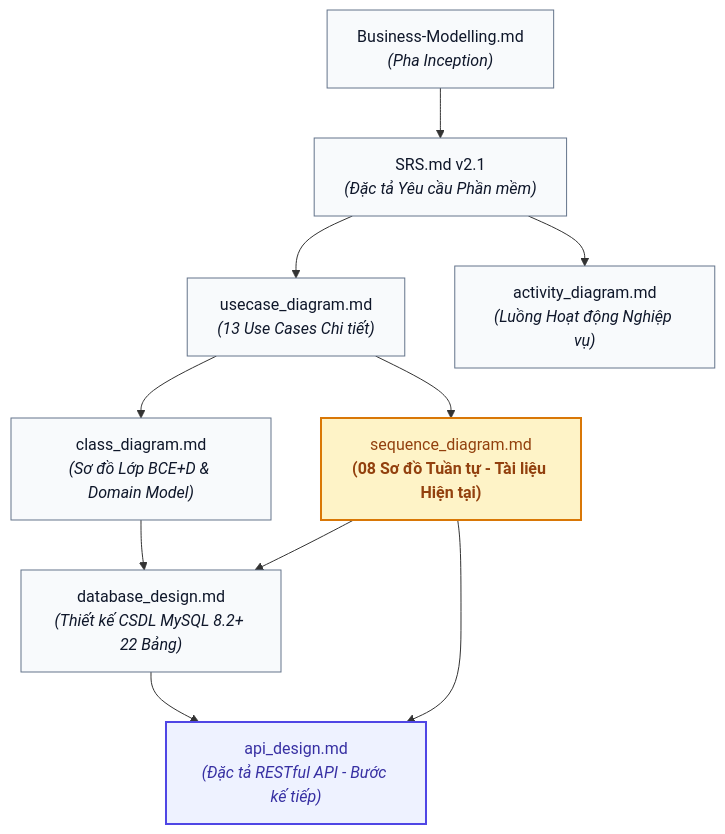
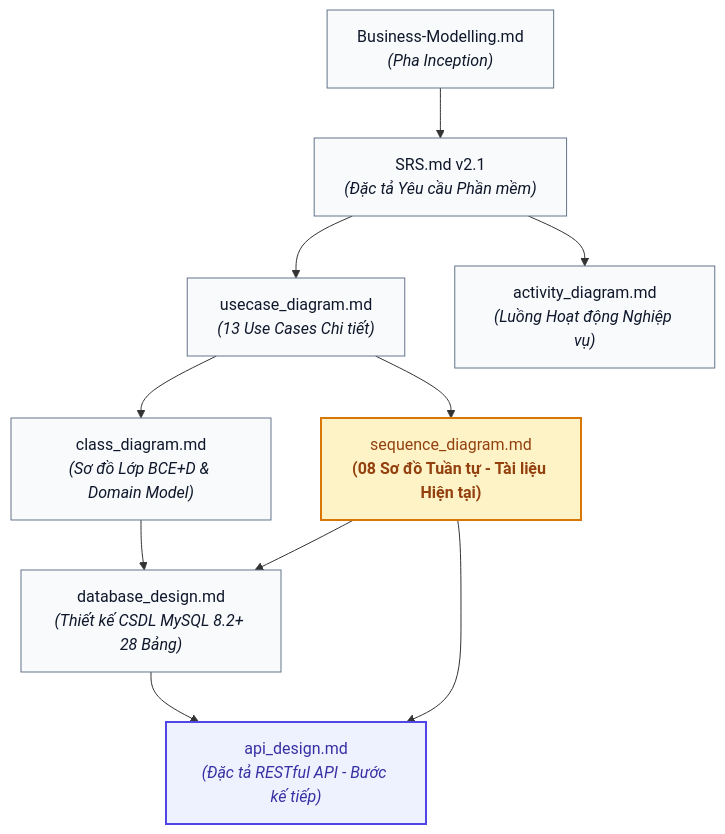
The diagram in docs/02_elaboration/uml_modeling/sequence_diagram.md (huytothevoz/SE---Microfinance-Personal-Wealth-Expense-Tracker), drawn with Mermaid before and after one commit. The commit also changed other lines of this file and 2 other files, not shown here.

Commit message:
docs(uml): dong bo class/sequence/activity diagram vs codebase thuc te (bcrypt, gold_assets, GoalService)

````diff
--- a/docs/02_elaboration/uml_modeling/sequence_diagram.md
+++ b/docs/02_elaboration/uml_modeling/sequence_diagram.md
@@ -430,16 +430,16 @@
 ```mermaid
 graph TD
     classDef default fill:#F8FAFC,stroke:#64748B,stroke-width:1px,color:#0F172A;
     classDef current fill:#FEF3C7,stroke:#D97706,stroke-width:2px,color:#92400E;
     classDef target fill:#EEF2FF,stroke:#4F46E5,stroke-width:2px,color:#3730A3;
 
     BM["Business-Modelling.md<br/><i>(Pha Inception)</i>"] --> SRS["SRS.md v2.1<br/><i>(Đặc tả Yêu cầu Phần mềm)</i>"]
     SRS --> UC["usecase_diagram.md<br/><i>(13 Use Cases Chi tiết)</i>"]
     SRS --> ACT["activity_diagram.md<br/><i>(Luồng Hoạt động Nghiệp vụ)</i>"]
     UC --> CD["class_diagram.md<br/><i>(Sơ đồ Lớp BCE+D & Domain Model)</i>"]
     UC --> SQ["sequence_diagram.md<br/><b>(08 Sơ đồ Tuần tự - Tài liệu Hiện tại)</b>"]:::current
-    CD --> DB["database_design.md<br/><i>(Thiết kế CSDL MySQL 8.2+ 22 Bảng)</i>"]
+    CD --> DB["database_design.md<br/><i>(Thiết kế CSDL MySQL 8.2+ 28 Bảng)</i>"]
     SQ --> DB
     SQ --> API["api_design.md<br/><i>(Đặc tả RESTful API - Bước kế tiếp)</i>"]:::target
     DB --> API
 ```
````
